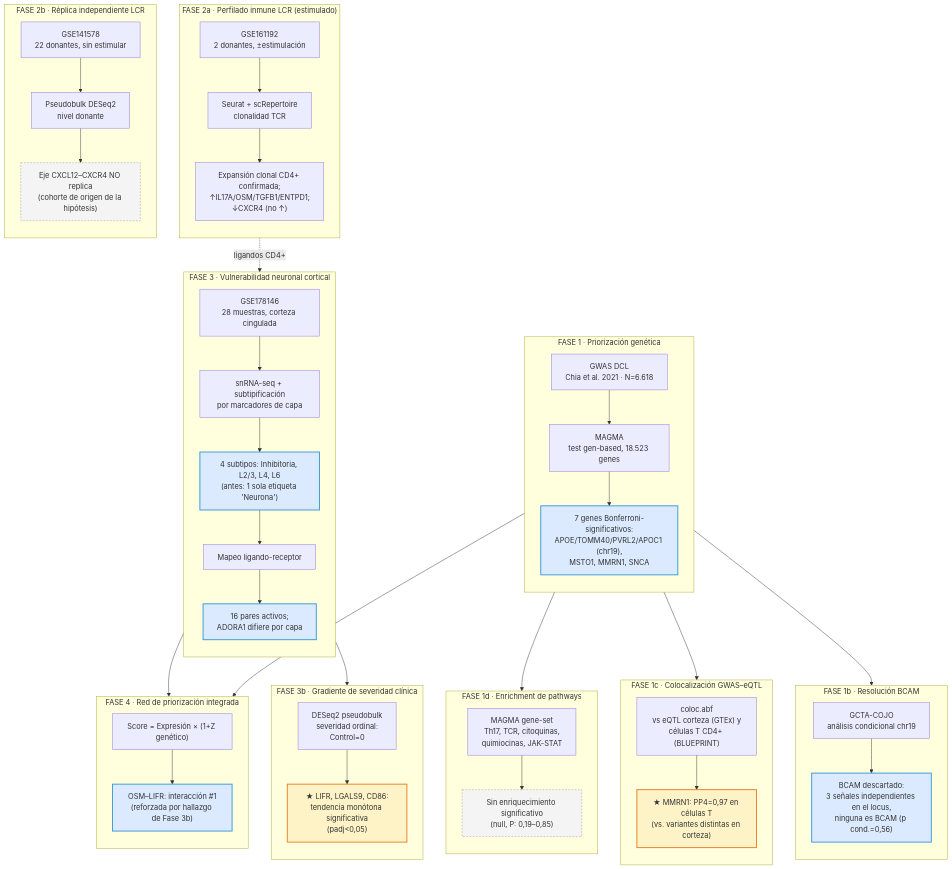
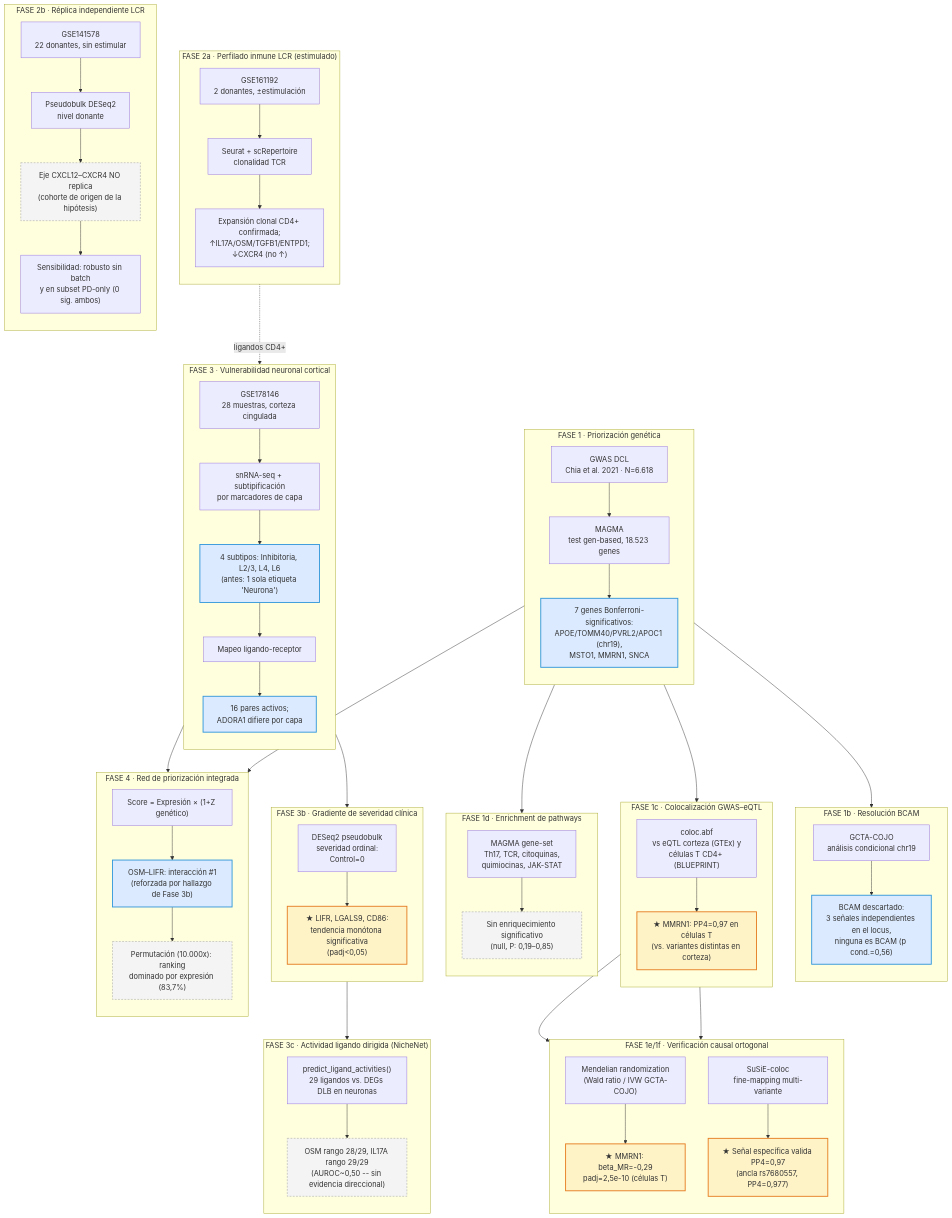
One commit to AnaaSol/Decoding_the_neuroimmune_synapse_LDB changed the diagram in PIPELINE_DIAGRAM.md. Above: the diagram before and after it, drawn with Mermaid. The commit also changed other lines of this file and 2 other files, not shown here.

Commit message:
Integrar MR, SuSiE-coloc y NicheNet al manuscrito y la documentacion

````diff
--- a/PIPELINE_DIAGRAM.md
+++ b/PIPELINE_DIAGRAM.md
@@ -28,6 +28,14 @@
         D1 --> D2["Sin enriquecimiento significativo<br/>(null, P: 0,19–0,85)"]
     end
 
+    subgraph F1ef["FASE 1e/1f · Verificación causal ortogonal"]
+        direction TB
+        C2 --> J1["Mendelian randomization<br/>(Wald ratio / IVW GCTA-COJO)"]
+        C2 --> J2["SuSiE-coloc<br/>fine-mapping multi-variante"]
+        J1 --> J3["★ MMRN1: beta_MR=-0,29<br/>padj=2,5e-10 (células T)"]
+        J2 --> J4["★ Señal específica valida PP4=0,97<br/>(ancla rs7680557, PP4=0,977)"]
+    end
+
     subgraph F2a["FASE 2a · Perfilado inmune LCR (estimulado)"]
         direction TB
         E1["GSE161192<br/>2 donantes, ±estimulación"] --> E2["Seurat + scRepertoire<br/>clonalidad TCR"]
@@ -38,6 +46,7 @@
         direction TB
         F1x["GSE141578<br/>22 donantes, sin estimular"] --> F2x["Pseudobulk DESeq2<br/>nivel donante"]
         F2x --> F3x["Eje CXCL12–CXCR4 NO replica<br/>(cohorte de origen de la hipótesis)"]
+        F3x --> F4x["Sensibilidad: robusto sin batch<br/>y en subset PD-only (0 sig. ambos)"]
     end
 
     subgraph F3["FASE 3 · Vulnerabilidad neuronal cortical"]
@@ -55,17 +64,24 @@
         H1 --> H2["★ LIFR, LGALS9, CD86:<br/>tendencia monótona significativa<br/>(padj<0,05)"]
     end
 
+    subgraph F3c["FASE 3c · Actividad ligando dirigida (NicheNet)"]
+        direction TB
+        H2 --> K1["predict_ligand_activities()<br/>29 ligandos vs. DEGs DLB en neuronas"]
+        K1 --> K2["OSM rango 28/29, IL17A rango 29/29<br/>(AUROC~0,50 -- sin evidencia direccional)"]
+    end
+
     subgraph F4["FASE 4 · Red de priorización integrada"]
         direction TB
         A3 --> I1["Score = Expresión × (1+Z genético)"]
         G5 --> I1
         I1 --> I2["OSM–LIFR: interacción #1<br/>(reforzada por hallazgo de Fase 3b)"]
+        I2 --> I3["Permutación (10.000x): ranking<br/>dominado por expresión (83,7%)"]
     end
 
     classDef finding fill:#dbeafe,stroke:#3498db,stroke-width:2px
     classDef nullresult fill:#f4f4f4,stroke:#999,stroke-width:1px,stroke-dasharray: 4 3
     classDef highlight fill:#fef3c7,stroke:#e67e22,stroke-width:2px
     class A3,B2,G3,G5,I2 finding
-    class D2,F3x nullresult
-    class C2,H2 highlight
+    class D2,F3x,I3,K2 nullresult
+    class C2,H2,J3,J4 highlight
 ```
````
